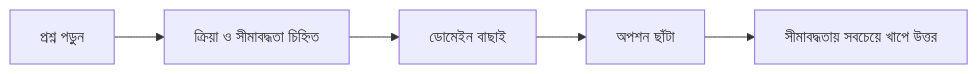
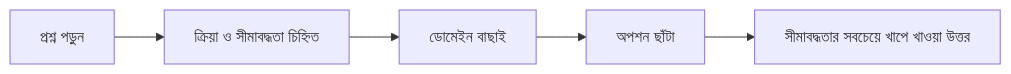
Before and after one commit to hasnat-shohag/aws-solution-architect-associate-resources: the diagram in src/content/docs/learn/exam-guide/7-question-patterns.mdx, drawn with Mermaid. The commit also changed other lines of this file and 1 other file, not shown here.

````diff
--- a/src/content/docs/learn/exam-guide/7-question-patterns.mdx
+++ b/src/content/docs/learn/exam-guide/7-question-patterns.mdx
@@ -66,7 +66,7 @@
 ```mermaid
 flowchart LR
     A[প্রশ্ন পড়ুন] --> B[ক্রিয়া ও সীমাবদ্ধতা চিহ্নিত]
     B --> C[ডোমেইন বাছাই]
     C --> D[অপশন ছাঁটা]
-    D --> E[সীমাবদ্ধতায় সবচেয়ে খাপে উত্তর]
+    D --> E[সীমাবদ্ধতার সবচেয়ে খাপে খাওয়া উত্তর]
 ```
````
